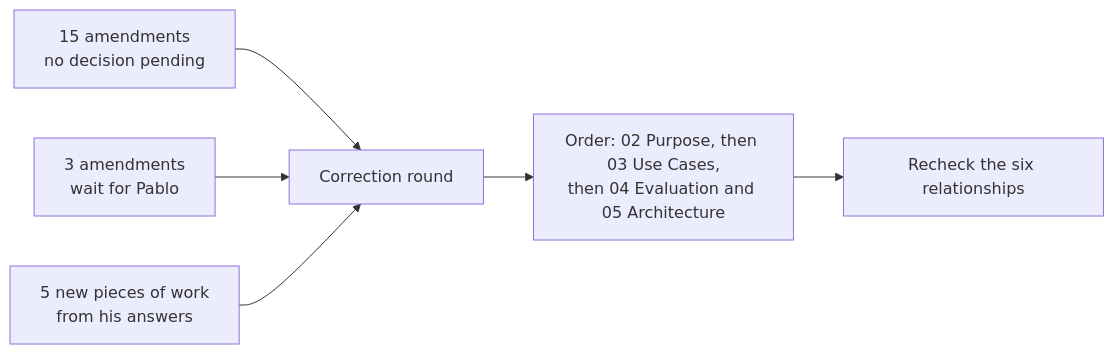
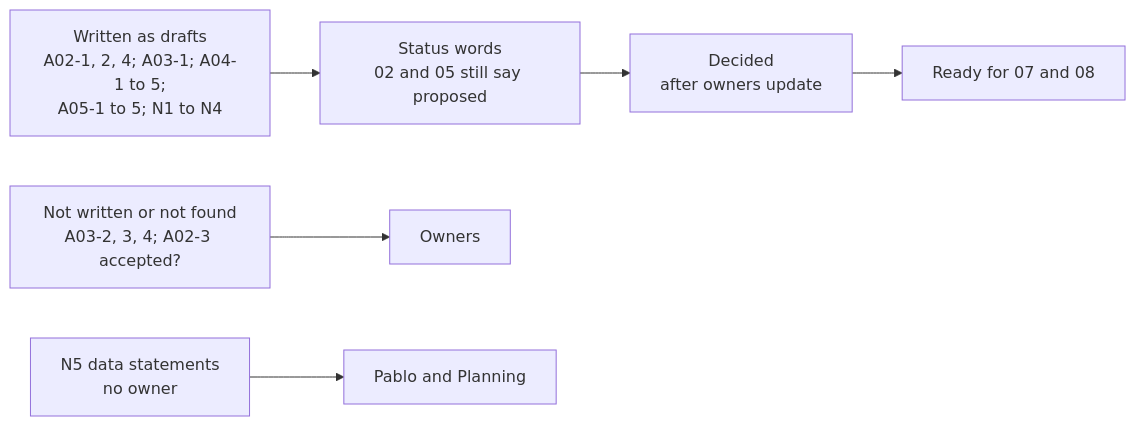
The diagram in docs/asdg/07-planning/03.7.3-sprint-003-amendments.md (Elustondo-ai/alice.good.meetings), drawn with Mermaid before and after one commit. The commit also changed other lines of this file and 34 other files, not shown here.

First line of the commit message:
SPRINT-003 correction round: stages 02-05 and 07 drafts, create-team name-sort, kit ignore

````diff
--- a/docs/asdg/07-planning/03.7.3-sprint-003-amendments.md
+++ b/docs/asdg/07-planning/03.7.3-sprint-003-amendments.md
@@ -5,8 +5,8 @@
 ```mermaid
 flowchart LR
-    I["15 amendments<br/>no decision pending"] --> K["Correction round"]
-    W["3 amendments<br/>wait for Pablo"] --> K
-    N["5 new pieces of work<br/>from his answers"] --> K
-    K --> O["Order: 02 Purpose, then 03 Use Cases,<br/>then 04 Evaluation and 05 Architecture"]
-    O --> R["Recheck the six relationships"]
+    W["Written as drafts<br/>A02-1, 2, 4; A03-1; A04-1 to 5;<br/>A05-1 to 5; N1 to N4"] --> S["Status words<br/>02 and 05 still say proposed"]
+    S --> D["Decided<br/>after owners update"]
+    O["Not written or not found<br/>A03-2, 3, 4; A02-3 accepted?"] --> R["Owners"]
+    N["N5 data statements<br/>no owner"] --> H["Pablo and Planning"]
+    D --> G["Ready for 07 and 08"]
 ```
````
